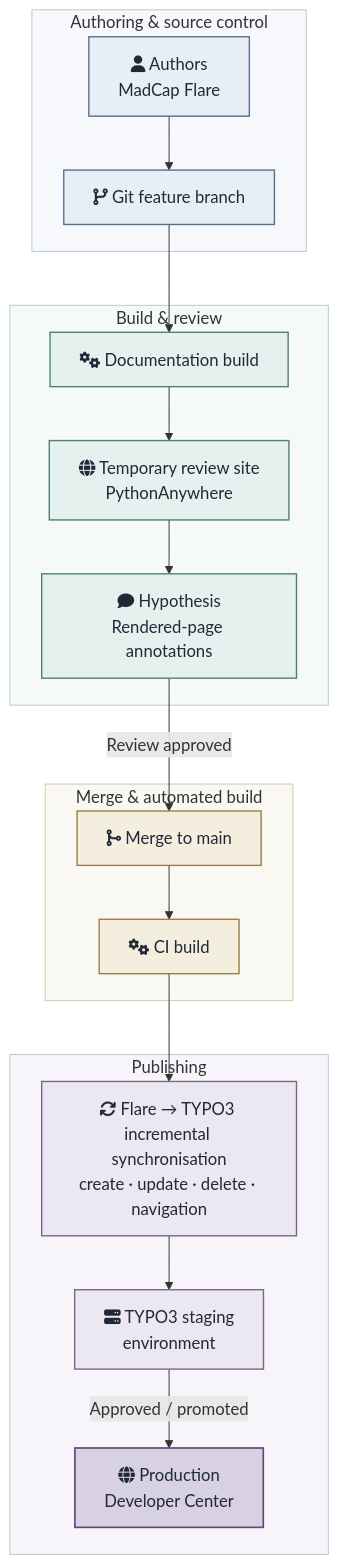
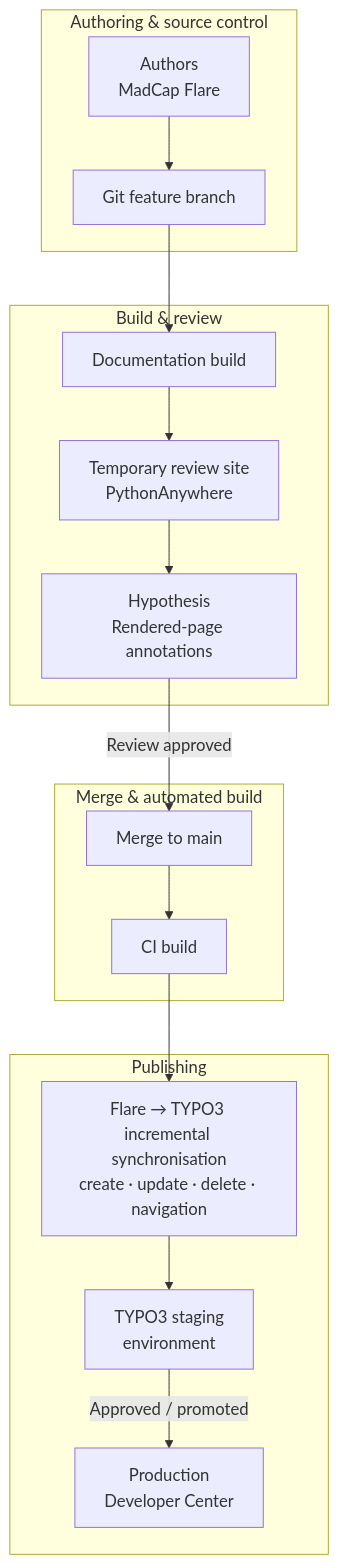
One commit to iand4096/docusaurusportfolio changed the diagram in docs/case-studies/PaysafeDeveloperCenter.md. Above: the diagram before and after it, drawn with Mermaid. The commit also changed other lines of this file and 22 other files, not shown here.

Commit message:
Unify diagram figures with restrained styling and fullscreen zoom and pan

````diff
--- a/docs/case-studies/PaysafeDeveloperCenter.md
+++ b/docs/case-studies/PaysafeDeveloperCenter.md
@@ -166,67 +189,56 @@
 ```mermaid
 %%{init: {
   "flowchart": {
     "useMaxWidth": false,
     "nodeSpacing": 45,
     "rankSpacing": 55
   },
   "themeVariables": {
     "fontSize": "17px"
   }
 }}%%
 
 flowchart TD
 
     subgraph AUTHORING["Authoring & source control"]
-        A["fa:fa-user Authors<br/>MadCap Flare"]
-        B["fa:fa-code-branch Git feature branch"]
+        A["Authors<br/>MadCap Flare"]
+        B["Git feature branch"]
         A --> B
     end
 
     subgraph REVIEW["Build & review"]
-        C["fa:fa-gears Documentation build"]
-        D["fa:fa-globe Temporary review site<br/>PythonAnywhere"]
-        E["fa:fa-comment Hypothesis<br/>Rendered-page annotations"]
+        C["Documentation build"]
+        D["Temporary review site<br/>PythonAnywhere"]
+        E["Hypothesis<br/>Rendered-page annotations"]
 
         C --> D
         D --> E
     end
 
     subgraph CI["Merge & automated build"]
-        F["fa:fa-code-merge Merge to main"]
-        G["fa:fa-gears CI build"]
+        F["Merge to main"]
+        G["CI build"]
 
         F --> G
     end
 
     subgraph PUBLISH["Publishing"]
-        H["fa:fa-arrows-rotate Flare → TYPO3 incremental synchronisation<br/>create · update · delete · navigation"]
-        I["fa:fa-server TYPO3 staging<br/>environment"]
-        J["fa:fa-globe Production<br/>Developer Center"]
+        H["Flare → TYPO3 incremental synchronisation<br/>create · update · delete · navigation"]
+        I["TYPO3 staging<br/>environment"]
+        J["Production<br/>Developer Center"]
 
         H --> I
         I -->|Approved / promoted| J
     end
 
     B --> C
     E -->|Review approved| F
     G --> H
 
-    classDef authoring fill:#E8EEF5,stroke:#55708F,color:#1F2937,stroke-width:1.4px;
-    classDef review fill:#E5F1EF,stroke:#4F7D78,color:#1F2937,stroke-width:1.4px;
-    classDef ci fill:#F4EEDF,stroke:#9A7B45,color:#1F2937,stroke-width:1.4px;
-
-    classDef publish fill:#ECE8F2,stroke:#76658B,color:#1F2937,stroke-width:1.4px;
-    classDef production fill:#D8D0E3,stroke:#5E4B75,color:#1F2937,stroke-width:1.7px;
-
-    class A,B authoring;
-    class C,D,E review;
-    class F,G ci;
-    class H,I publish;
-    class J production;
-
-    style AUTHORING fill:#F6F8FB,stroke:#BAC7D4,stroke-width:1px
-    style REVIEW fill:#F5F9F8,stroke:#B7CECA,stroke-width:1px
-    style CI fill:#FAF8F2,stroke:#D7C9A8,stroke-width:1px
-    style PUBLISH fill:#F7F5F9,stroke:#C9C0D4,stroke-width:1px
-```    
+    class AUTHORING group-interaction;
+    class REVIEW,CI,PUBLISH group-process;
+    class A,D,E,J interaction;
+    class B input;
+    class C,F,G,H process;
+    class I infra;
+```
````
